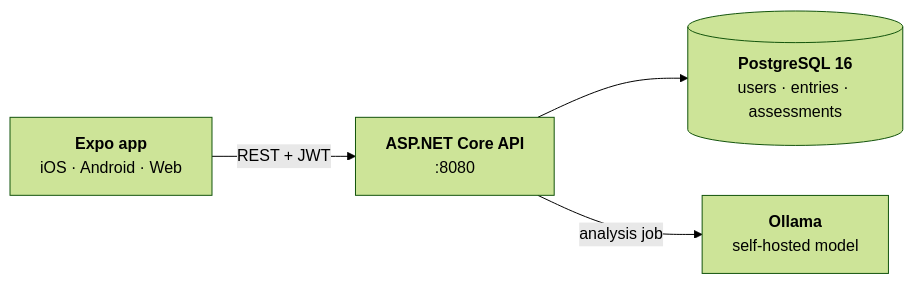
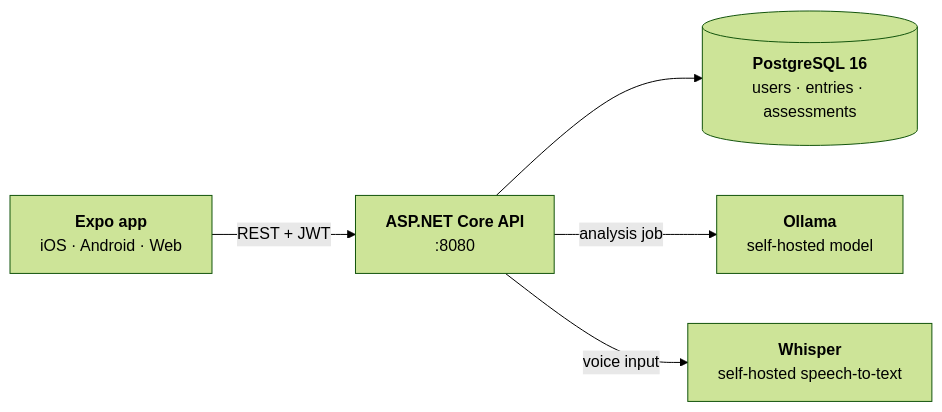
The diagram in README.md (smadev10/symtora), drawn with Mermaid (forest theme) before and after one commit. The commit also changed other lines of this file and 69 other files, not shown here.

Commit message:
Feature/voice input transcript (#6)

````diff
--- a/README.md
+++ b/README.md
@@ -75,6 +75,7 @@
 ```mermaid
 flowchart LR
   A["<b>Expo app</b><br/>iOS · Android · Web"] -->|"REST + JWT"| B["<b>ASP.NET Core API</b><br/>:8080"]
   B --> C[("<b>PostgreSQL 16</b><br/>users · entries · assessments")]
   B -->|"analysis job"| D["<b>Ollama</b><br/>self-hosted model"]
+  B -->|"voice input"| E["<b>Whisper</b><br/>self-hosted speech-to-text"]
 ```
````
